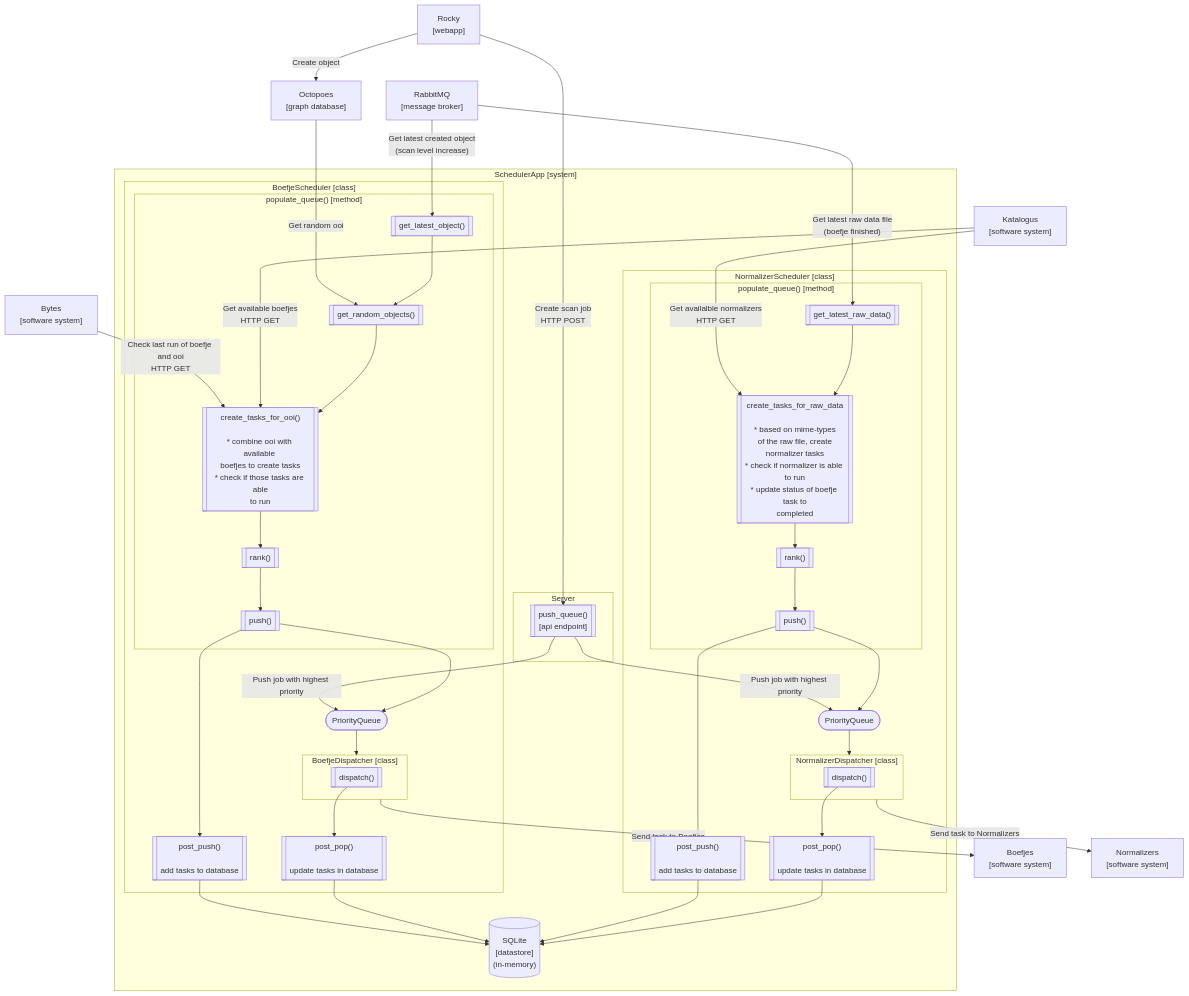
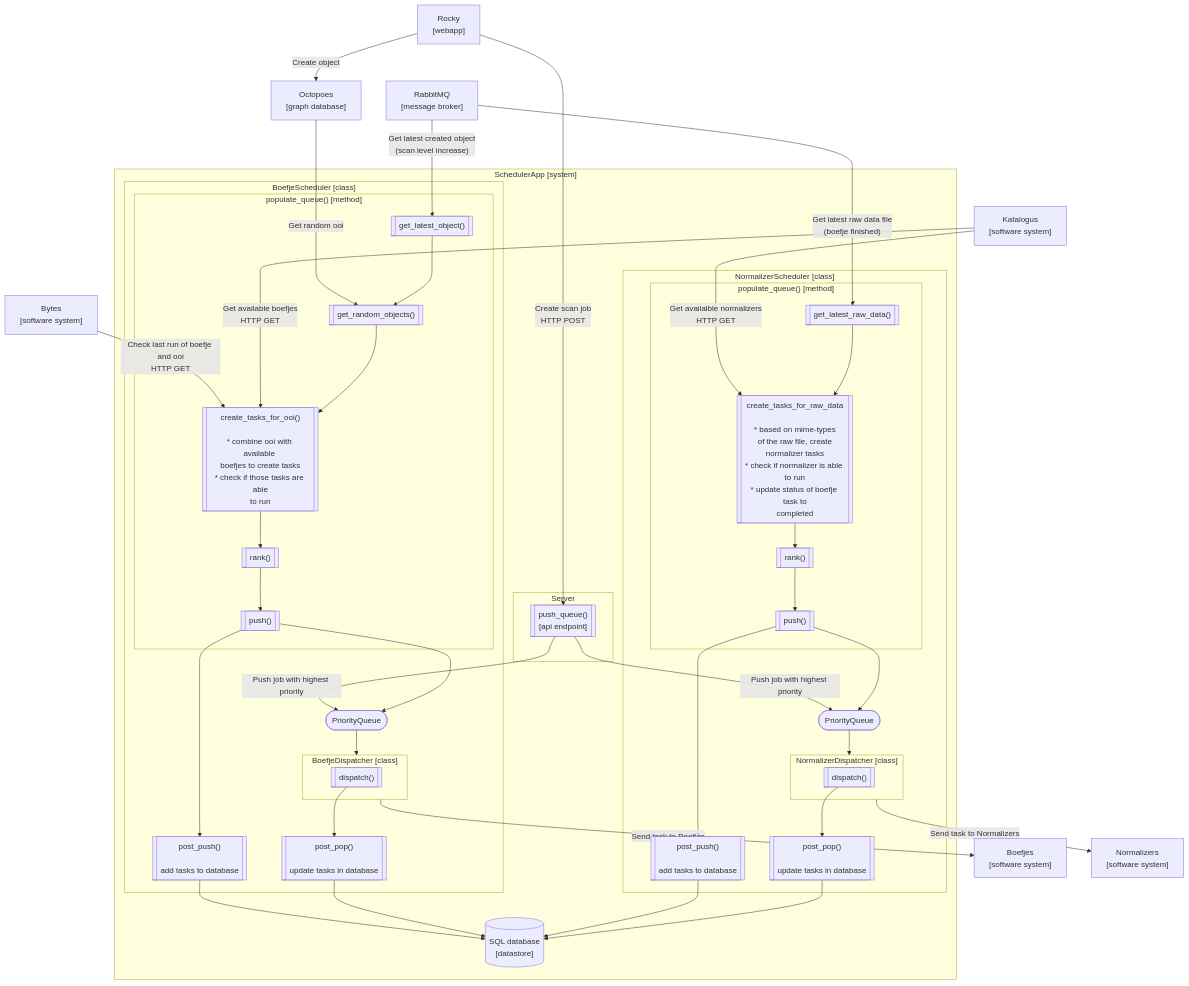
One commit to minvws/nl-kat-mula changed the second of 3 diagrams in docs/design.md. Above: the diagram before and after it, drawn with Mermaid. The commit also changed 5 other files, not shown here.

````diff
--- a/docs/design.md
+++ b/docs/design.md
@@ -179,7 +179,7 @@
             push_queue[["push_queue()<br/>[api endpoint]"]]
         end
 
-        Datastore[("SQLite<br/>[datastore]<br/>(in-memory)")]
+        Datastore[("SQL database<br/>[datastore]<br/>")]
 
     end
 ```
````
